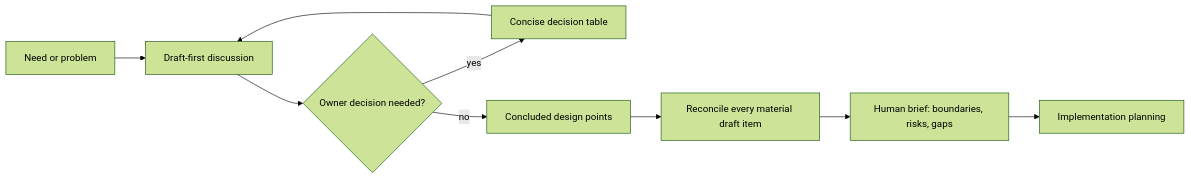
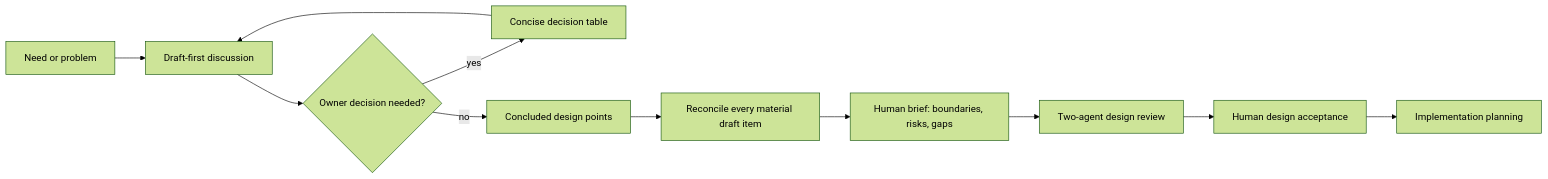
One commit to hhhhhusky777/spec-driven-delivery-playbook changed the fourth of 12 diagrams in README.md. Above: the diagram before and after it, drawn with Mermaid (forest theme). The commit also changed other lines of this file and 8 other files, not shown here.

````diff
--- a/README.md
+++ b/README.md
@@ -208,11 +208,13 @@
 ```mermaid
 flowchart LR
     N["Need or problem"] --> D["Draft-first discussion"]
     D --> Q{"Owner decision needed?"}
     Q -->|"yes"| T["Concise decision table"]
     T --> D
     Q -->|"no"| C["Concluded design points"]
     C --> R["Reconcile every material draft item"]
     R --> B["Human brief: boundaries, risks, gaps"]
-    B --> P["Implementation planning"]
+    B --> A["Two-agent design review"]
+    A --> H["Human design acceptance"]
+    H --> P["Implementation planning"]
 ```
````
